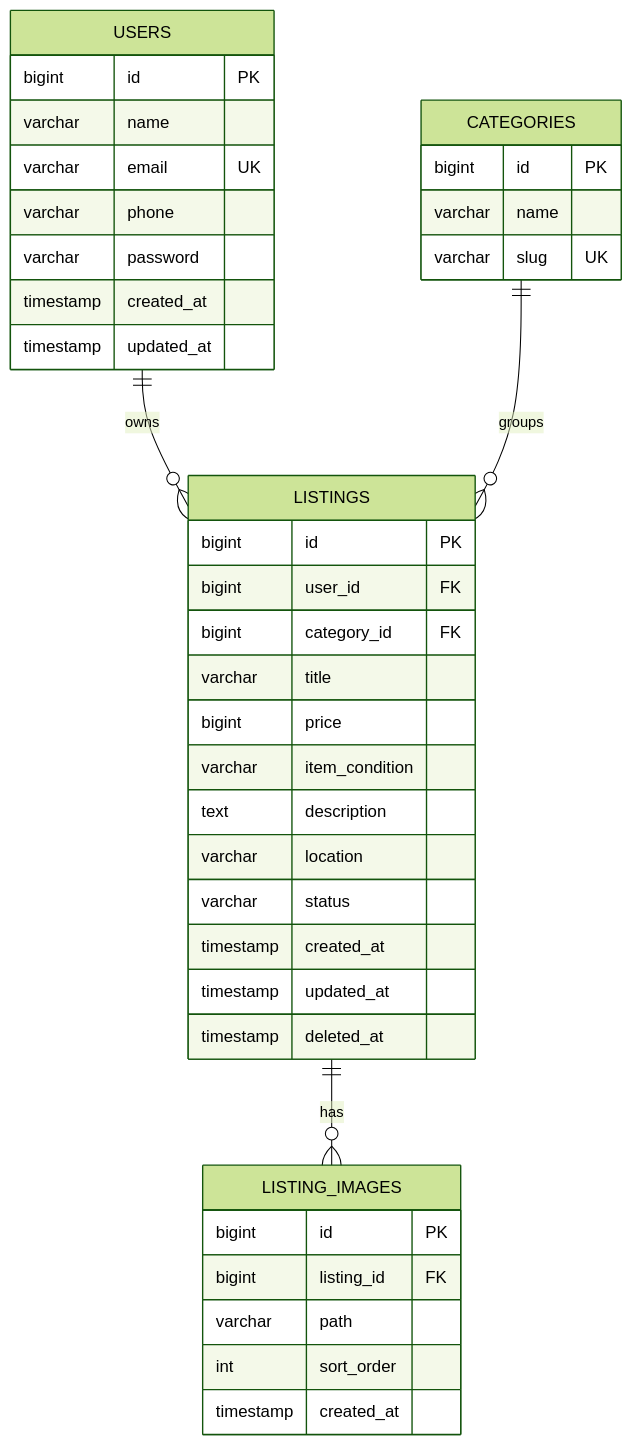
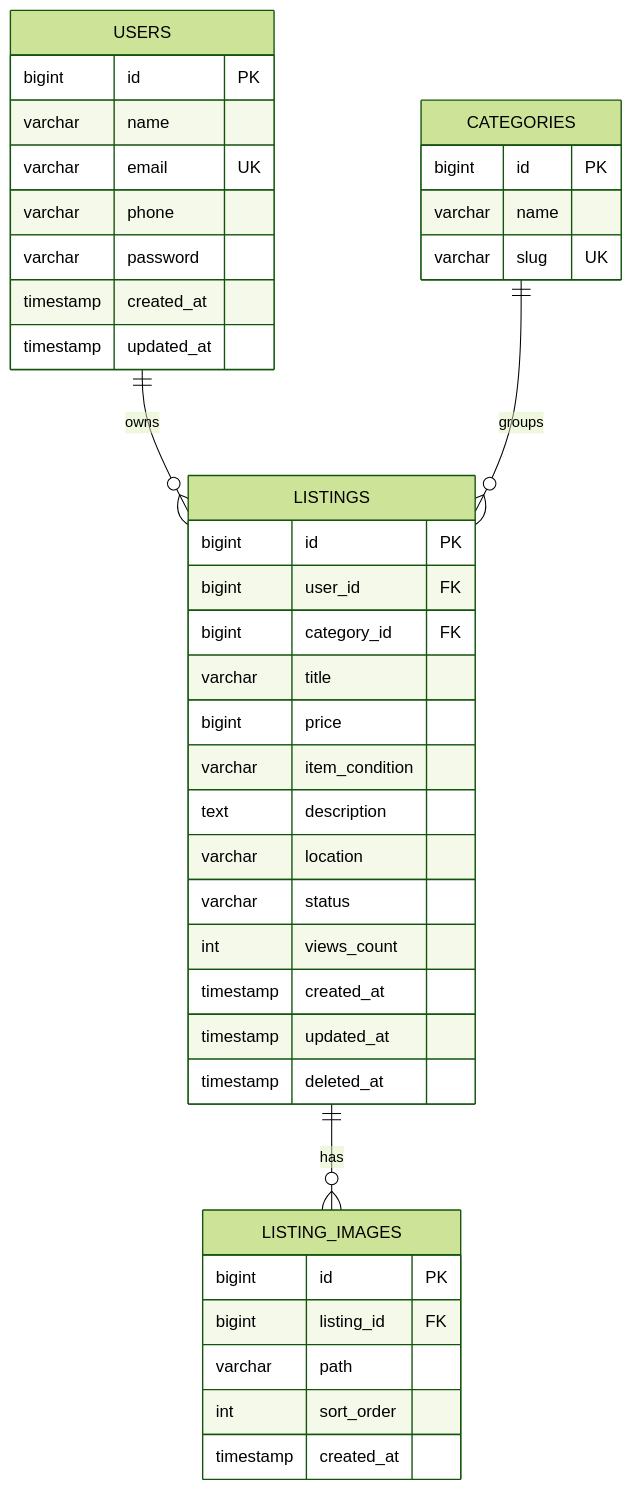
The diagram in docs/05-database-design.md (irsyaad06/gudang-pakde), drawn with Mermaid (forest theme) before and after one commit. The commit also changed other lines of this file and 1 other file, not shown here.

Commit message:
docs: document views_count column, catalog priority sorting, and location API

````diff
--- a/docs/05-database-design.md
+++ b/docs/05-database-design.md
@@ -6,41 +6,42 @@
 ```mermaid
 erDiagram
   USERS ||--o{ LISTINGS : owns
   CATEGORIES ||--o{ LISTINGS : groups
   LISTINGS ||--o{ LISTING_IMAGES : has
   USERS {
     bigint id PK
     varchar name
     varchar email UK
     varchar phone
     varchar password
     timestamp created_at
     timestamp updated_at
   }
   CATEGORIES {
     bigint id PK
     varchar name
     varchar slug UK
   }
   LISTINGS {
     bigint id PK
     bigint user_id FK
     bigint category_id FK
     varchar title
     bigint price
     varchar item_condition
     text description
     varchar location
     varchar status
+    int views_count
     timestamp created_at
     timestamp updated_at
     timestamp deleted_at
   }
   LISTING_IMAGES {
     bigint id PK
     bigint listing_id FK
     varchar path
     int sort_order
     timestamp created_at
   }
 ```
````
